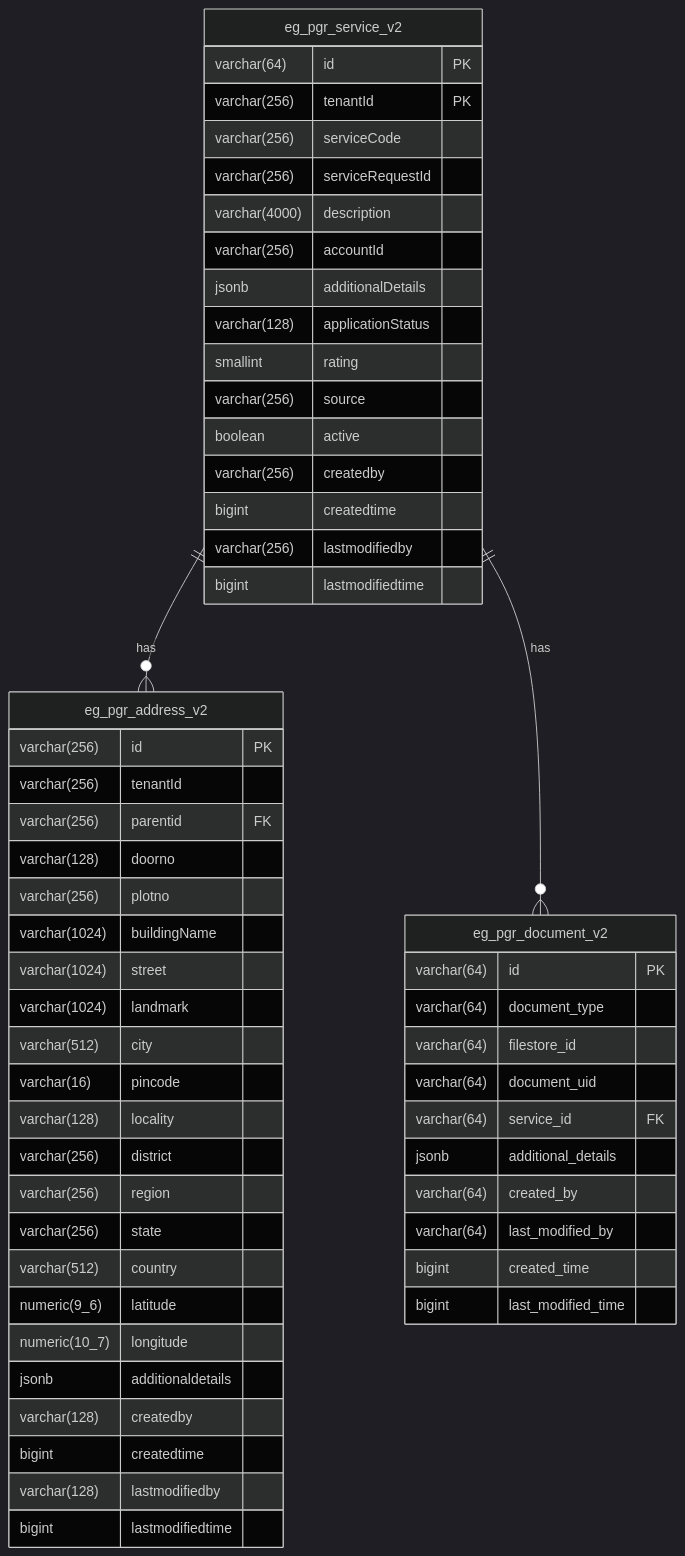
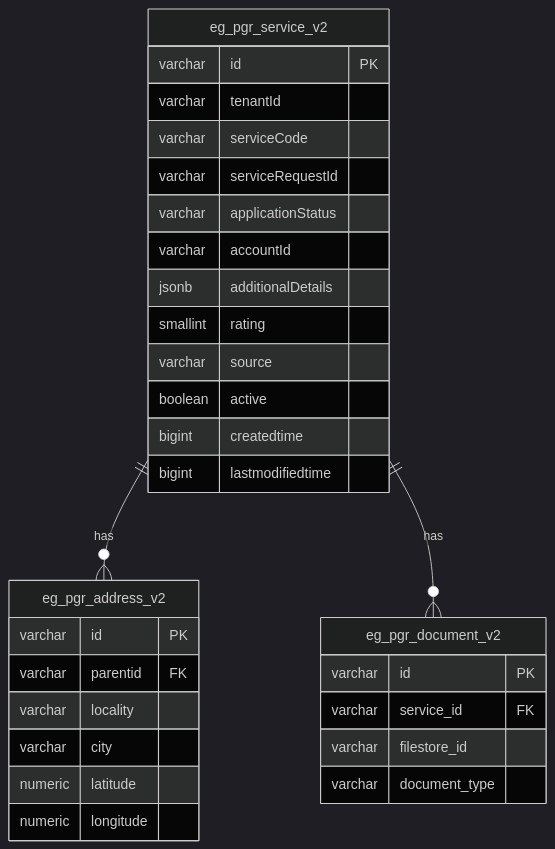
Before and after one commit to egovernments/Citizen-Complaint-Resolution-System: the diagram in backend/pgr-services/README.md, drawn with Mermaid (dark theme). The commit also changed other lines of this file and 2 other files, not shown here.

````diff
--- a/backend/pgr-services/README.md
+++ b/backend/pgr-services/README.md
@@ -6,61 +56,36 @@
 ```mermaid
 erDiagram
     eg_pgr_service_v2 {
-        varchar(64)  id PK
-        varchar(256) tenantId PK
-        varchar(256) serviceCode
-        varchar(256) serviceRequestId
-        varchar(4000) description
-        varchar(256) accountId
-        jsonb        additionalDetails
-        varchar(128) applicationStatus
-        smallint     rating
-        varchar(256) source
-        boolean      active
-        varchar(256) createdby
-        bigint       createdtime
-        varchar(256) lastmodifiedby
-        bigint       lastmodifiedtime
+        varchar id PK
+        varchar tenantId
+        varchar serviceCode
+        varchar serviceRequestId
+        varchar applicationStatus
+        varchar accountId
+        jsonb   additionalDetails
+        smallint rating
+        varchar source
+        boolean active
+        bigint  createdtime
+        bigint  lastmodifiedtime
     }
 
     eg_pgr_address_v2 {
-        varchar(256) id PK
-        varchar(256) tenantId
-        varchar(256) parentid FK
-        varchar(128) doorno
-        varchar(256) plotno
-        varchar(1024) buildingName
-        varchar(1024) street
-        varchar(1024) landmark
-        varchar(512) city
-        varchar(16)  pincode
-        varchar(128) locality
-        varchar(256) district
-        varchar(256) region
-        varchar(256) state
-        varchar(512) country
-        numeric(9_6) latitude
-        numeric(10_7) longitude
-        jsonb        additionaldetails
-        varchar(128) createdby
-        bigint       createdtime
-        varchar(128) lastmodifiedby
-        bigint       lastmodifiedtime
+        varchar id PK
+        varchar parentid FK
+        varchar locality
+        varchar city
+        numeric latitude
+        numeric longitude
     }
 
     eg_pgr_document_v2 {
-        varchar(64) id PK
-        varchar(64) document_type
-        varchar(64) filestore_id
-        varchar(64) document_uid
-        varchar(64) service_id FK
-        jsonb       additional_details
-        varchar(64) created_by
-        varchar(64) last_modified_by
-        bigint      created_time
-        bigint      last_modified_time
+        varchar id PK
+        varchar service_id FK
+        varchar filestore_id
+        varchar document_type
     }
 
     eg_pgr_service_v2 ||--o{ eg_pgr_address_v2 : "has"
     eg_pgr_service_v2 ||--o{ eg_pgr_document_v2 : "has"
 ```
````
